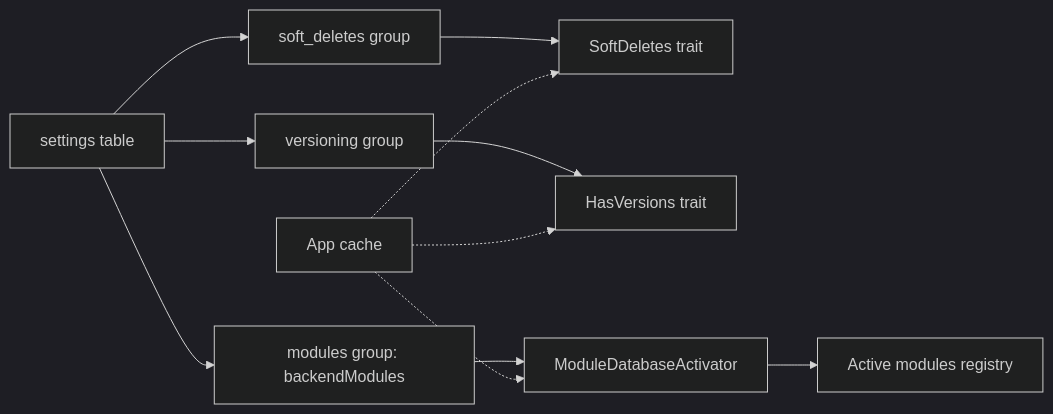
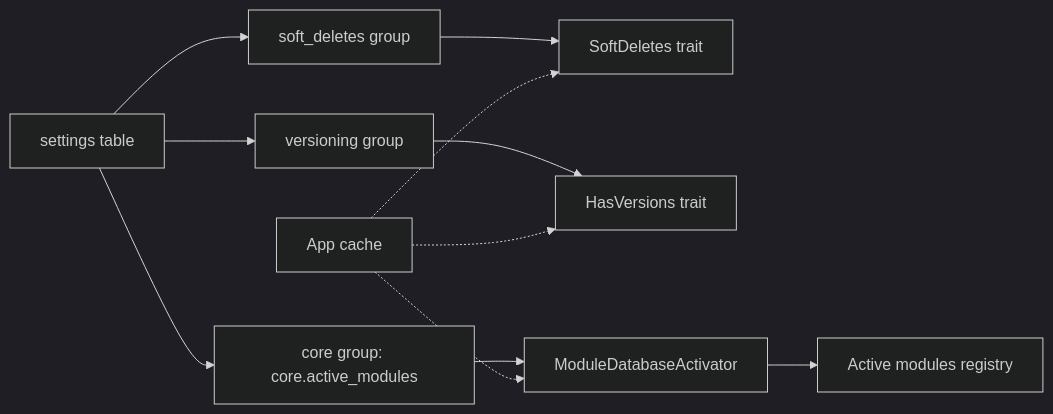
One commit to swolley/laraplate-core changed diagram 14 of 14 in docs/rag/MODULE.md. Above: the diagram before and after it, drawn with Mermaid (dark theme). The commit also changed other lines of this file and 62 other files, not shown here.

````diff
--- a/docs/rag/MODULE.md
+++ b/docs/rag/MODULE.md
@@ -512,23 +512,23 @@
 ```mermaid
 flowchart LR
   SettingsTable["settings table"]
   SoftG[soft_deletes group]
   VerG[versioning group]
-  ModG[modules group: backendModules]
+  ModG[core group: core.active_modules]
   Cache[App cache]
   SoftTrait[SoftDeletes trait]
   VerTrait[HasVersions trait]
   Activator[ModuleDatabaseActivator]
   ModulesEnabled[Active modules registry]
 
   SettingsTable --> SoftG
   SettingsTable --> VerG
   SettingsTable --> ModG
   SoftG --> SoftTrait
   VerG --> VerTrait
   ModG --> Activator
   Activator --> ModulesEnabled
   Cache -.-> SoftTrait
   Cache -.-> VerTrait
   Cache -.-> Activator
 ```
````
